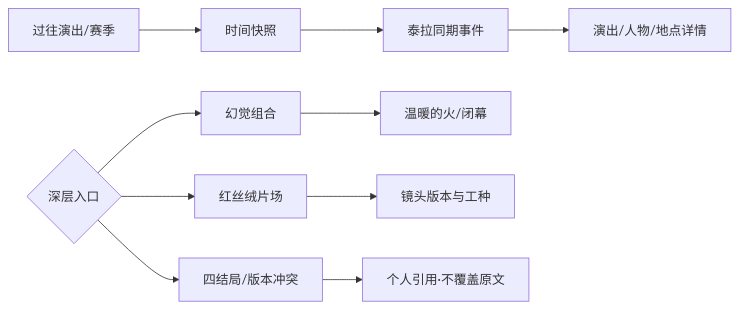
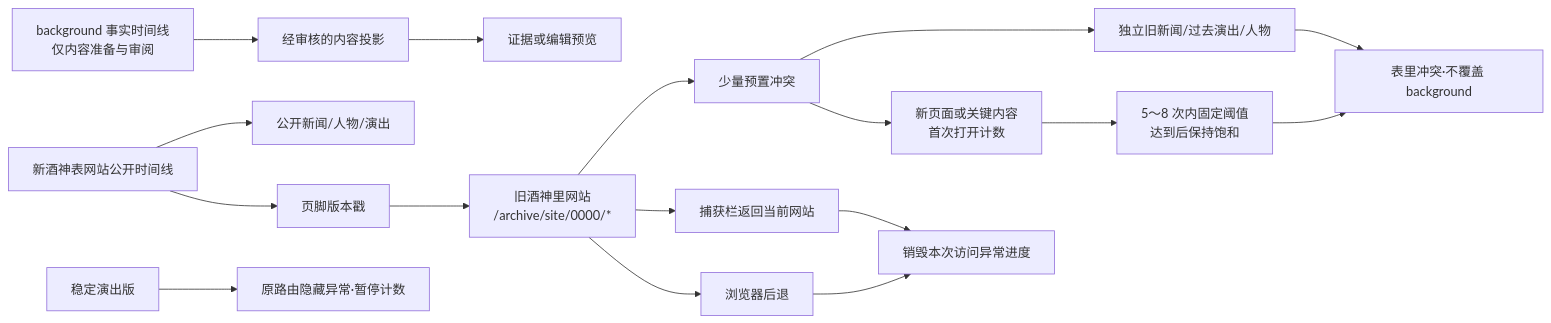
The diagram in docs/blueprint/03_journeys/maps/07_时间线与深层叙事.mmd (Selloryebir/crimson_troupe), drawn with Mermaid before and after one commit. The commit also changed 108 other files, not shown here.

```diff
--- a/docs/blueprint/03_journeys/maps/07_时间线与深层叙事.mmd
+++ b/docs/blueprint/03_journeys/maps/07_时间线与深层叙事.mmd
@@ -1,10 +1,17 @@
 flowchart LR
-  Past[过往演出/赛季] --> Snapshot[时间快照]
-  Snapshot --> Parallel[泰拉同期事件]
-  Parallel --> Item[演出/人物/地点详情]
-  Deep{深层入口} --> Hallucination[幻觉组合]
-  Deep --> Velvet[红丝绒片场]
-  Deep --> Versions[四结局/版本冲突]
-  Hallucination --> Restore[温暖的火/闭幕]
-  Velvet --> Camera[镜头版本与工种]
-  Versions --> Personal[个人引用·不覆盖原文]
+  Background[background 事实时间线<br/>仅内容准备与审阅] --> Curated[经审核的内容投影]
+  Curated --> Evidence[证据或编辑预览]
+  Surface[新酒神表网站公开时间线] --> PublicItem[公开新闻/人物/演出]
+  Surface --> Stamp[页脚版本戳]
+  Stamp --> Inner[旧酒神里网站<br/>/archive/site/0000/*]
+  Inner --> Baseline[少量预置冲突]
+  Baseline --> Conflict[独立旧新闻/过去演出/人物]
+  Conflict --> Compare[表里冲突·不覆盖 background]
+  Baseline --> Explore[新页面或关键内容<br/>首次打开计数]
+  Explore --> Saturate[5～8 次内固定阈值<br/>达到后保持饱和]
+  Saturate --> Compare
+  Inner --> Return[捕获栏返回当前网站]
+  Inner --> Back[浏览器后退]
+  Return --> Reset[销毁本次访问异常进度]
+  Back --> Reset
+  Stable[稳定演出版] --> Pause[原路由隐藏异常·暂停计数]
```
